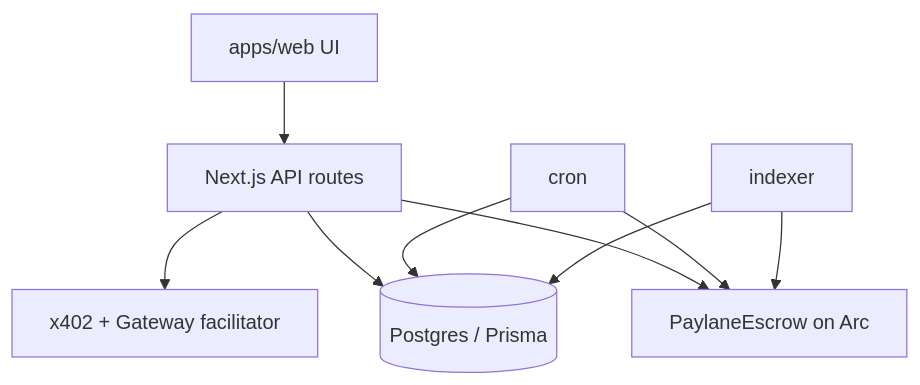
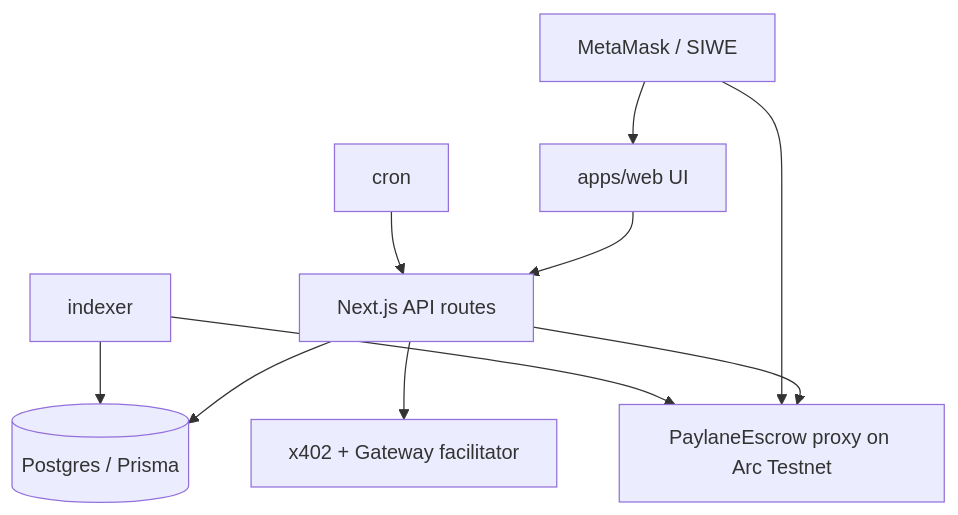
The diagram in docs/ARCHITECTURE.md (Surya512002/paylane), drawn with Mermaid before and after one commit. The commit also changed other lines of this file and 19 other files, not shown here.

First line of the commit message:
Refresh docs and app copy for live Arc Testnet and 0.1% platform fee.

````diff
--- a/docs/ARCHITECTURE.md
+++ b/docs/ARCHITECTURE.md
@@ -21,11 +20,12 @@
 ```mermaid
 flowchart TB
   UI[apps/web UI] --> API[Next.js API routes]
   API --> DB[(Postgres / Prisma)]
-  API --> ESC[PaylaneEscrow on Arc]
+  API --> ESC[PaylaneEscrow proxy on Arc Testnet]
   API --> X402[x402 + Gateway facilitator]
-  CRON[cron] --> ESC
-  CRON --> DB
+  WALLET[MetaMask / SIWE] --> UI
+  WALLET --> ESC
+  CRON[cron] --> API
   IDX[indexer] --> ESC
   IDX --> DB
 ```
````
